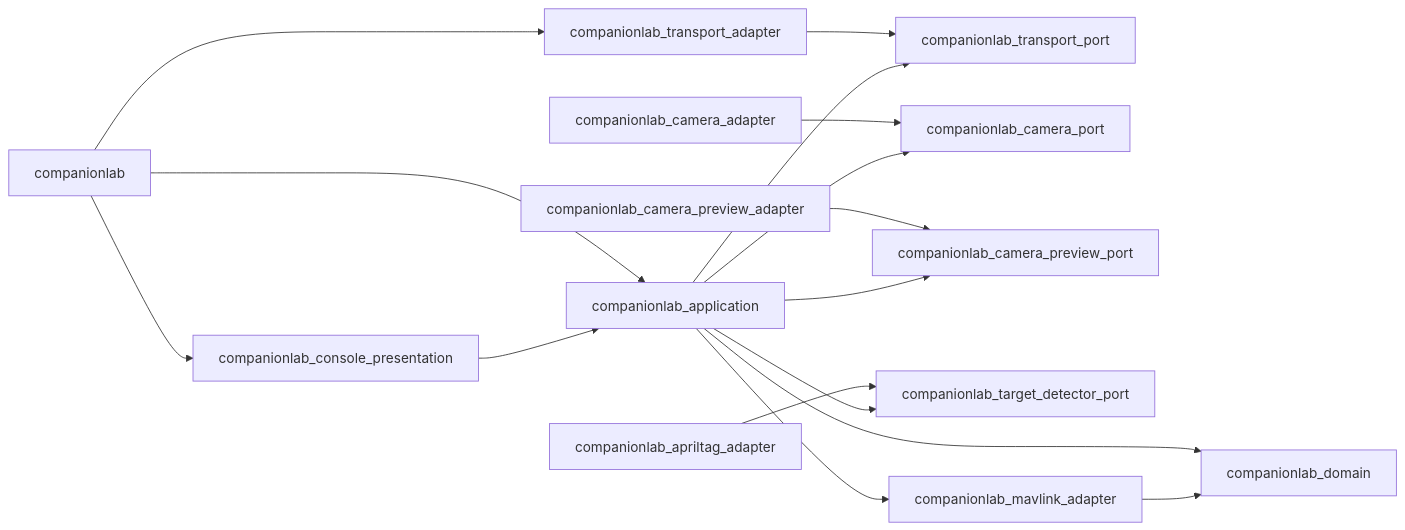
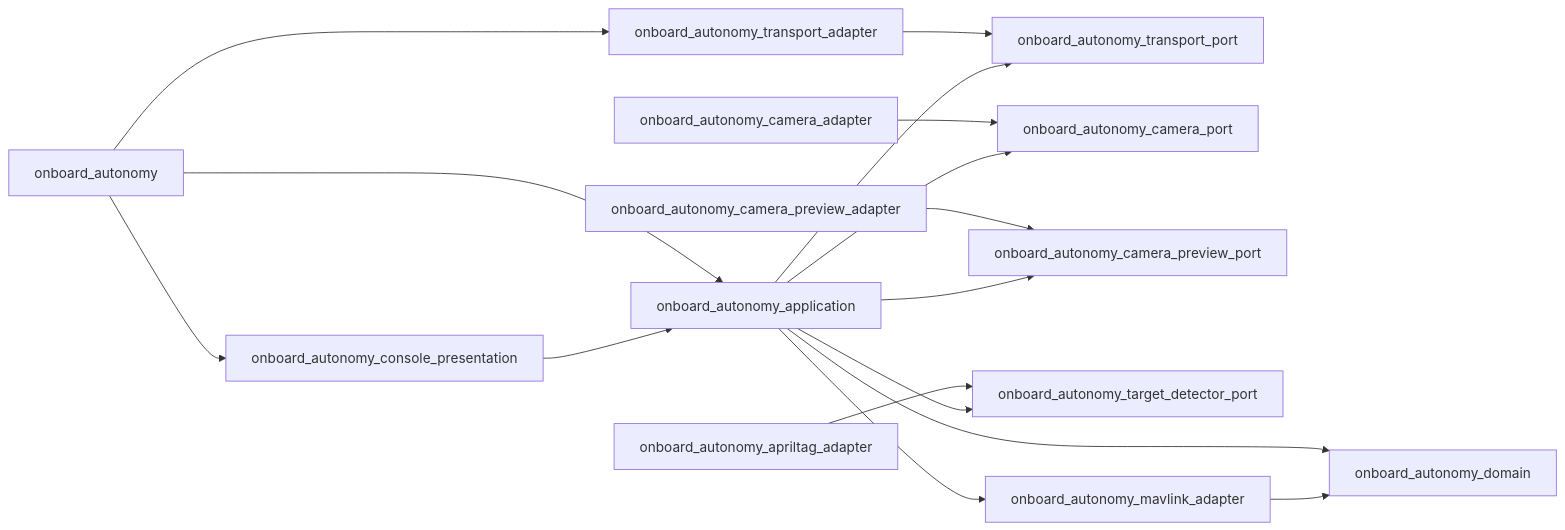
One commit to matemink/CompanionLab changed the second of 2 diagrams in docs/architecture.md. Above: the diagram before and after it, drawn with Mermaid. The commit also changed other lines of this file and 143 other files, not shown here.

First line of the commit message:
Rename CompanionLab to OnboardAutonomy

````diff
--- a/docs/architecture.md
+++ b/docs/architecture.md
@@ -41,23 +41,23 @@
 ```mermaid
 flowchart LR
-    Domain["companionlab_domain"]
-    TransportPort["companionlab_transport_port"]
-    CameraPort["companionlab_camera_port"]
-    PreviewPort["companionlab_camera_preview_port"]
-    DetectorPort["companionlab_target_detector_port"]
-    Mavlink["companionlab_mavlink_adapter"] --> Domain
-    Application["companionlab_application"] --> Domain
+    Domain["onboard_autonomy_domain"]
+    TransportPort["onboard_autonomy_transport_port"]
+    CameraPort["onboard_autonomy_camera_port"]
+    PreviewPort["onboard_autonomy_camera_preview_port"]
+    DetectorPort["onboard_autonomy_target_detector_port"]
+    Mavlink["onboard_autonomy_mavlink_adapter"] --> Domain
+    Application["onboard_autonomy_application"] --> Domain
     Application --> Mavlink
     Application --> TransportPort
     Application --> CameraPort
     Application --> PreviewPort
     Application --> DetectorPort
-    Transport["companionlab_transport_adapter"] --> TransportPort
-    Camera["companionlab_camera_adapter"] --> CameraPort
-    Preview["companionlab_camera_preview_adapter"] --> PreviewPort
-    AprilTag["companionlab_apriltag_adapter"] --> DetectorPort
-    Presentation["companionlab_console_presentation"] --> Application
-    Executable["companionlab"] --> Application
+    Transport["onboard_autonomy_transport_adapter"] --> TransportPort
+    Camera["onboard_autonomy_camera_adapter"] --> CameraPort
+    Preview["onboard_autonomy_camera_preview_adapter"] --> PreviewPort
+    AprilTag["onboard_autonomy_apriltag_adapter"] --> DetectorPort
+    Presentation["onboard_autonomy_console_presentation"] --> Application
+    Executable["onboard_autonomy"] --> Application
     Executable --> Transport
     Executable --> Presentation
 ```
````
